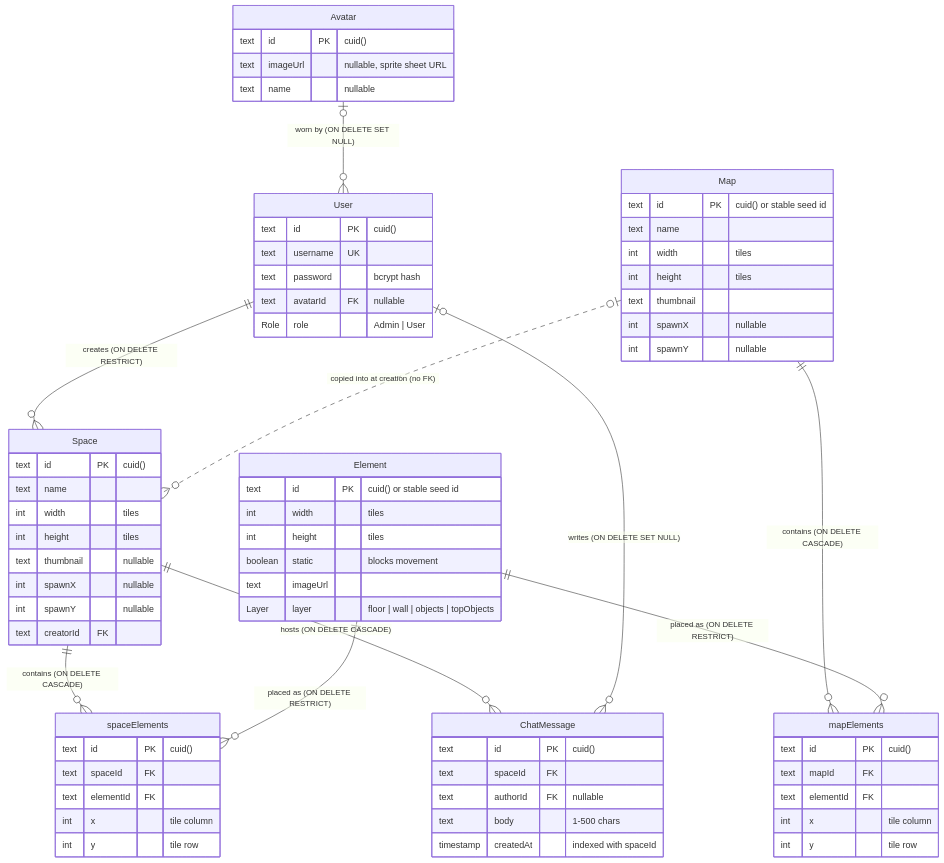
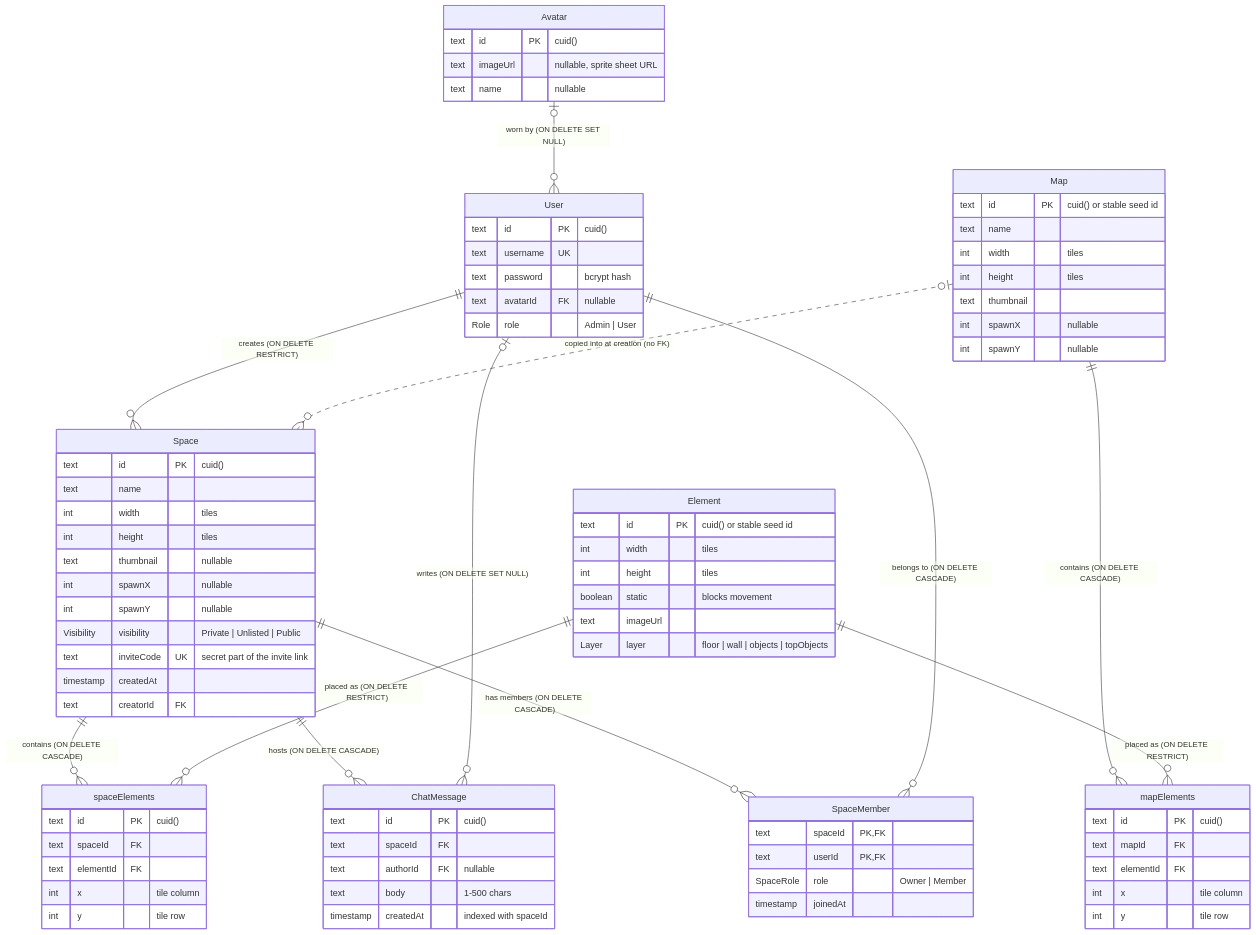
The first of 2 diagrams in docs/database/ER_DIAGRAM.md (Mnkubusb/metaverse), drawn with Mermaid before and after one commit. The commit also changed other lines of this file and 14 other files, not shown here.

First line of the commit message:
Add space settings, invite links, Explore page and joined spaces (UI)

````diff
--- a/docs/database/ER_DIAGRAM.md
+++ b/docs/database/ER_DIAGRAM.md
@@ -29,7 +29,16 @@
         text thumbnail "nullable"
         int spawnX "nullable"
         int spawnY "nullable"
+        Visibility visibility "Private | Unlisted | Public"
+        text inviteCode UK "secret part of the invite link"
+        timestamp createdAt
         text creatorId FK
+    }
+    SpaceMember {
+        text spaceId PK,FK
+        text userId PK,FK
+        SpaceRole role "Owner | Member"
+        timestamp joinedAt
     }
     spaceElements {
         text id PK "cuid()"
@@ -79,4 +88,6 @@
     Map |o..o{ Space : "copied into at creation (no FK)"
     Space ||--o{ ChatMessage : "hosts (ON DELETE CASCADE)"
     User |o--o{ ChatMessage : "writes (ON DELETE SET NULL)"
+    Space ||--o{ SpaceMember : "has members (ON DELETE CASCADE)"
+    User ||--o{ SpaceMember : "belongs to (ON DELETE CASCADE)"
 ```
````
